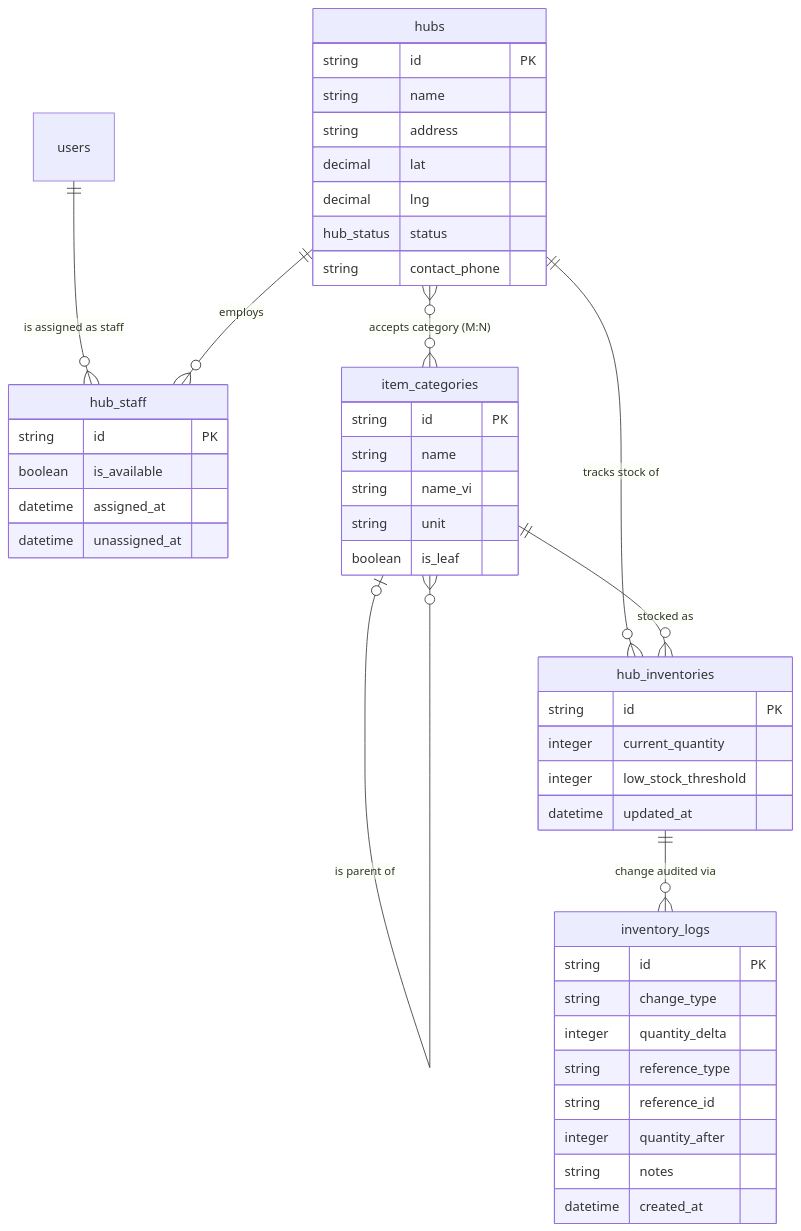
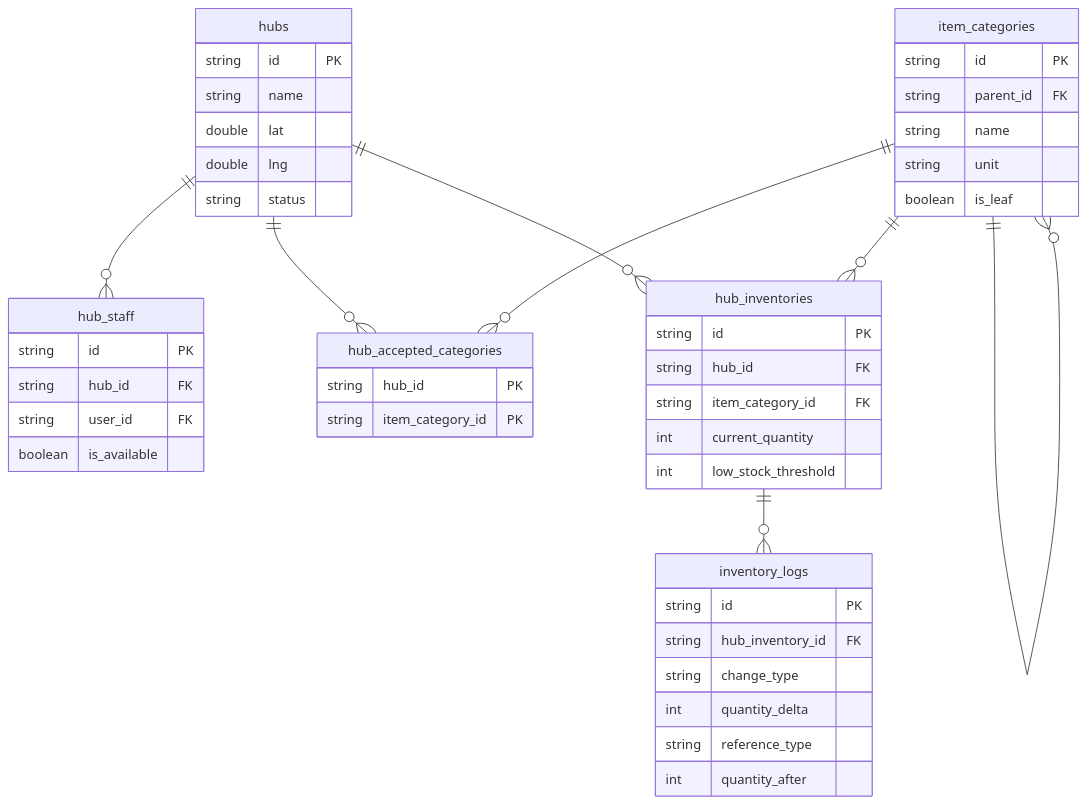
Before and after one commit to phatnguyen975/AidBridge: the third of 6 diagrams in docs/database/md/erd.md, drawn with Mermaid. The commit also changed other lines of this file and 11 other files, not shown here.

Commit message:
chores: update erd

````diff
--- a/docs/database/md/erd.md
+++ b/docs/database/md/erd.md
@@ -401,53 +400,50 @@
 ```mermaid
 erDiagram
     hubs {
         string id PK
         string name
-        string address
-        decimal lat
-        decimal lng
-        hub_status status
-        string contact_phone
+        double lat
+        double lng
+        string status
     }
-
     hub_staff {
         string id PK
+        string hub_id FK
+        string user_id FK
         boolean is_available
-        datetime assigned_at
-        datetime unassigned_at
     }
-
     item_categories {
         string id PK
+        string parent_id FK
         string name
-        string name_vi
         string unit
         boolean is_leaf
     }
-
+    hub_accepted_categories {
+        string hub_id PK
+        string item_category_id PK
+    }
     hub_inventories {
         string id PK
-        integer current_quantity
-        integer low_stock_threshold
-        datetime updated_at
+        string hub_id FK
+        string item_category_id FK
+        int current_quantity
+        int low_stock_threshold
+    }
+    inventory_logs {
+        string id PK
+        string hub_inventory_id FK
+        string change_type
+        int quantity_delta
+        string reference_type
+        int quantity_after
     }
 
-    inventory_logs {
-        string id PK
-        string change_type
-        integer quantity_delta
-        string reference_type
-        string reference_id
-        integer quantity_after
-        string notes
-        datetime created_at
-    }
-
-    users           ||--o{ hub_staff      : "is assigned as staff"
-    hubs            ||--o{ hub_staff      : "employs"
-    hubs            }o--o{ item_categories : "accepts category (M:N)"
-    hubs            ||--o{ hub_inventories : "tracks stock of"
-    item_categories o|--o{ item_categories : "is parent of"
-    item_categories ||--o{  hub_inventories : "stocked as"
-    hub_inventories ||--o{  inventory_logs  : "change audited via"
+    hubs ||--o{ hub_staff : ""
+    hubs ||--o{ hub_accepted_categories : ""
+    hubs ||--o{ hub_inventories : ""
+    item_categories ||--o{ item_categories : ""
+    item_categories ||--o{ hub_accepted_categories : ""
+    item_categories ||--o{ hub_inventories : ""
+    hub_inventories ||--o{ inventory_logs : ""
 ```
````
